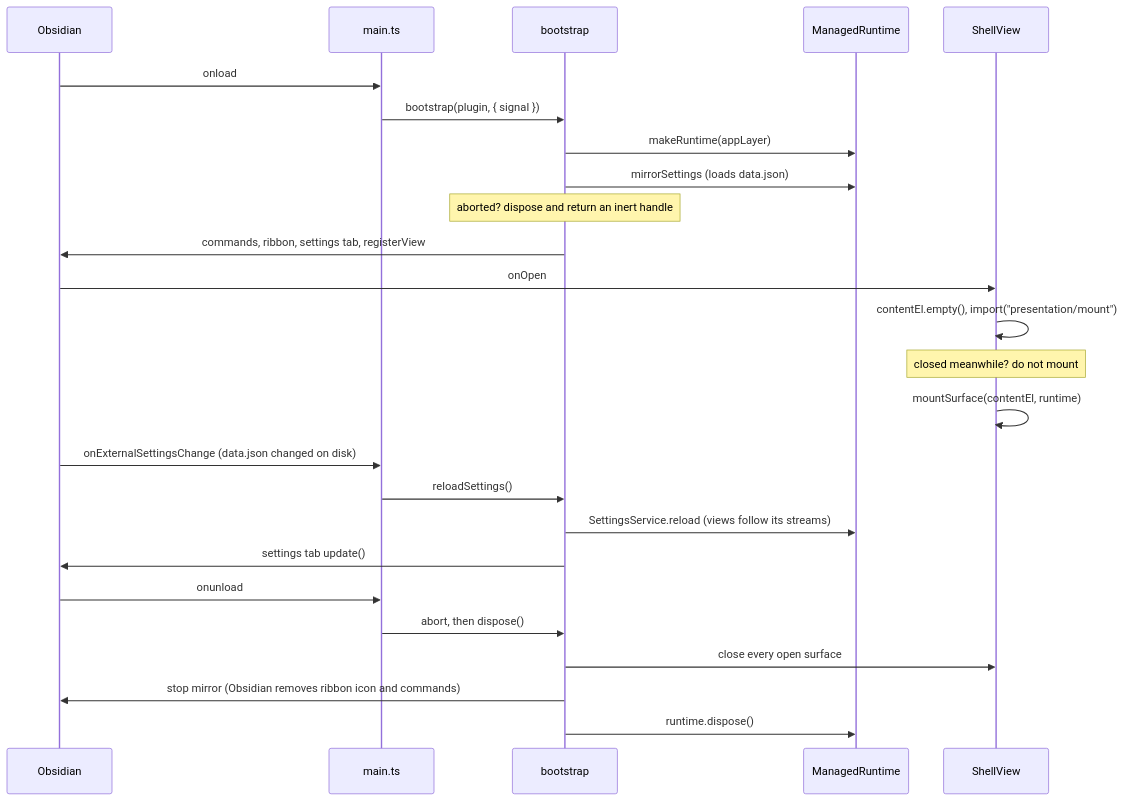
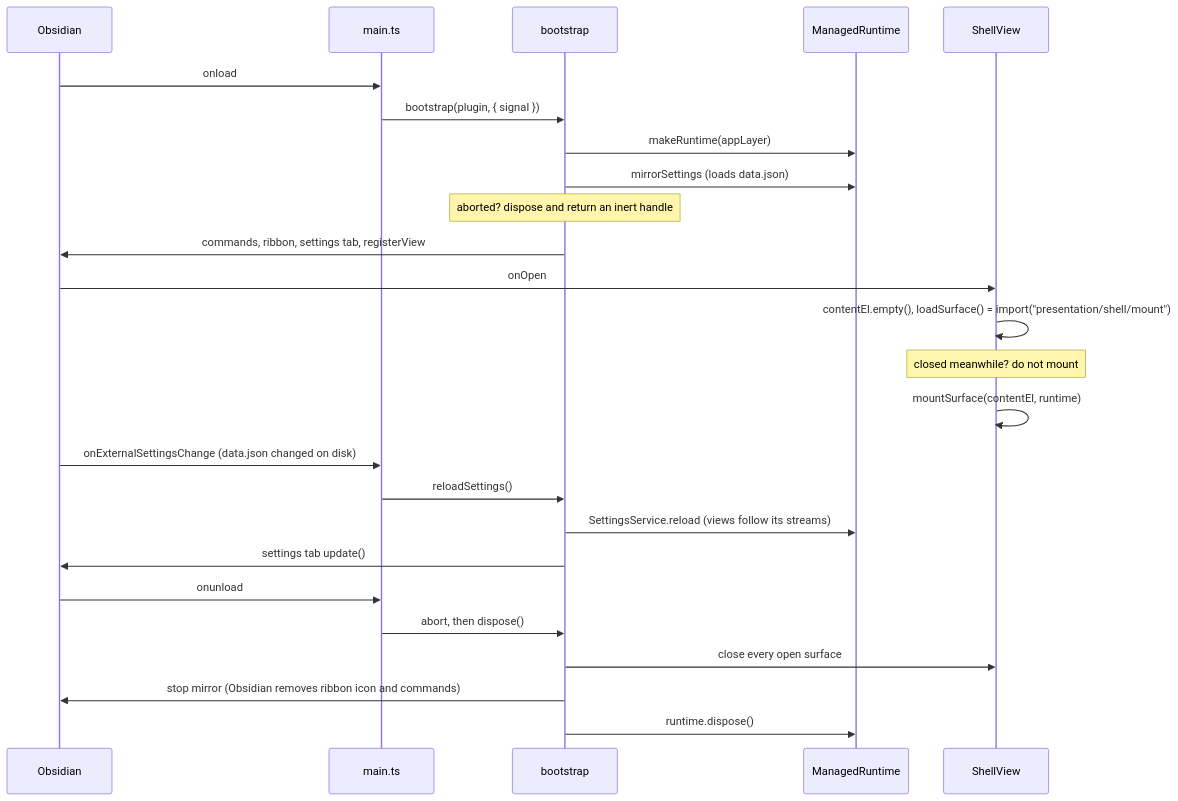
Before and after one commit to Luis85/weg-manager: the second of 2 diagrams in docs/engineering/architecture.md, drawn with Mermaid. The commit also changed other lines of this file and 160 other files, not shown here.

````diff
--- a/docs/engineering/architecture.md
+++ b/docs/engineering/architecture.md
@@ -62,27 +95,27 @@
 ```mermaid
 sequenceDiagram
   participant O as Obsidian
   participant M as main.ts
   participant B as bootstrap
   participant R as ManagedRuntime
   participant V as ShellView
   O->>M: onload
   M->>B: bootstrap(plugin, { signal })
   B->>R: makeRuntime(appLayer)
   B->>R: mirrorSettings (loads data.json)
   Note over B: aborted? dispose and return an inert handle
   B->>O: commands, ribbon, settings tab, registerView
   O->>V: onOpen
-  V->>V: contentEl.empty(), import("presentation/mount")
+  V->>V: contentEl.empty(), loadSurface() = import("presentation/shell/mount")
   Note over V: closed meanwhile? do not mount
   V->>V: mountSurface(contentEl, runtime)
   O->>M: onExternalSettingsChange (data.json changed on disk)
   M->>B: reloadSettings()
   B->>R: SettingsService.reload (views follow its streams)
   B->>O: settings tab update()
   O->>M: onunload
   M->>B: abort, then dispose()
   B->>V: close every open surface
   B->>O: stop mirror (Obsidian removes ribbon icon and commands)
   B->>R: runtime.dispose()
 ```
````
